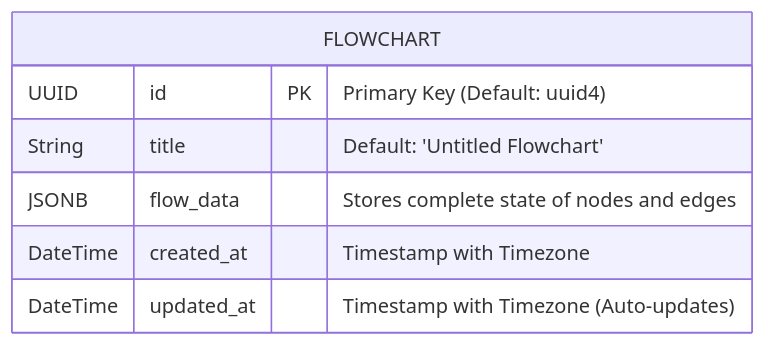
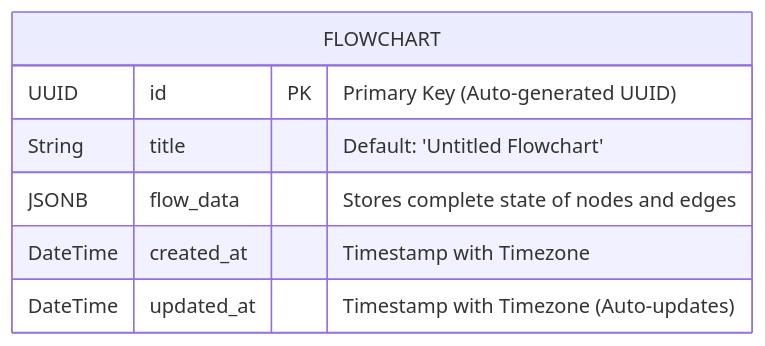
The third of 4 diagrams in README.md (nidha-rahma/automated-diagram-digitization), drawn with Mermaid before and after one commit. The commit also changed other lines of this file, not shown here.

Commit message:
updated readme with use case diagram

````diff
--- a/README.md
+++ b/README.md
@@ -203,10 +203,12 @@
 ```mermaid
 erDiagram
+    %% The system relies on a single relational table.
+    %% The complete structural blueprint of each diagram is stored within the JSONB payload.
     FLOWCHART {
-        UUID id PK "Primary Key (Default: uuid4)"
+        UUID id PK "Primary Key (Auto-generated UUID)"
         String title "Default: 'Untitled Flowchart'"
         JSONB flow_data "Stores complete state of nodes and edges"
         DateTime created_at "Timestamp with Timezone"
         DateTime updated_at "Timestamp with Timezone (Auto-updates)"
     }
 ```
````
